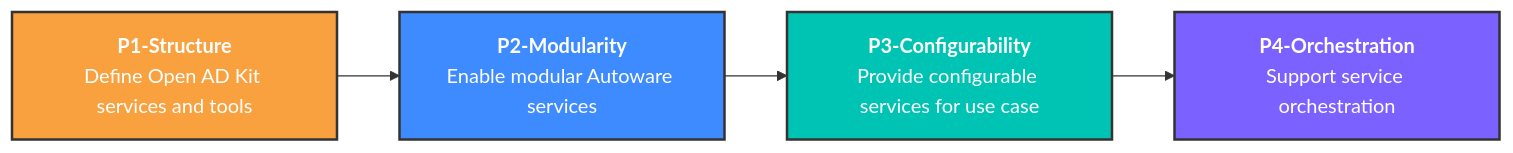
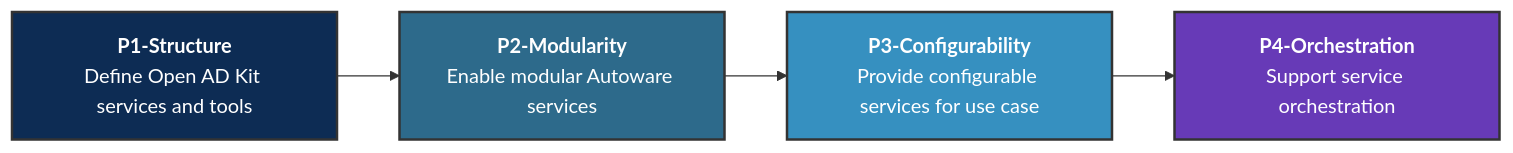
Before and after one commit to Shiritai/openadkit: the diagram in docs/Roadmap/index.md, drawn with Mermaid.

Commit message:
change roadmap colors

````diff
--- a/docs/Roadmap/index.md
+++ b/docs/Roadmap/index.md
@@ -3,14 +3,14 @@
 ```mermaid
 graph LR
     A[<strong>P1-Structure</strong><br/>Define Open AD Kit services and tools]
     B[<strong>P2-Modularity</strong><br/>Enable modular Autoware services]
     C[<strong>P3-Configurability</strong><br/>Provide configurable services for use case]
     D[<strong>P4-Orchestration</strong><br/>Support service orchestration]
 
     A --> B --> C --> D;
 
-    style A fill:#f9a03f,stroke:#333,stroke-width:2px,color:#fff;
-    style B fill:#3d8bff,stroke:#333,stroke-width:2px,color:#fff;
-    style C fill:#00c4b3,stroke:#333,stroke-width:2px,color:#fff;
-    style D fill:#7b61ff,stroke:#333,stroke-width:2px,color:#fff;
+    style A fill:#0d2c54,stroke:#333,stroke-width:2px,color:#fff;
+    style B fill:#2d6a8b,stroke:#333,stroke-width:2px,color:#fff;
+    style C fill:#3690c0,stroke:#333,stroke-width:2px,color:#fff;
+    style D fill:#673ab7,stroke:#333,stroke-width:2px,color:#fff;
 ```
````
